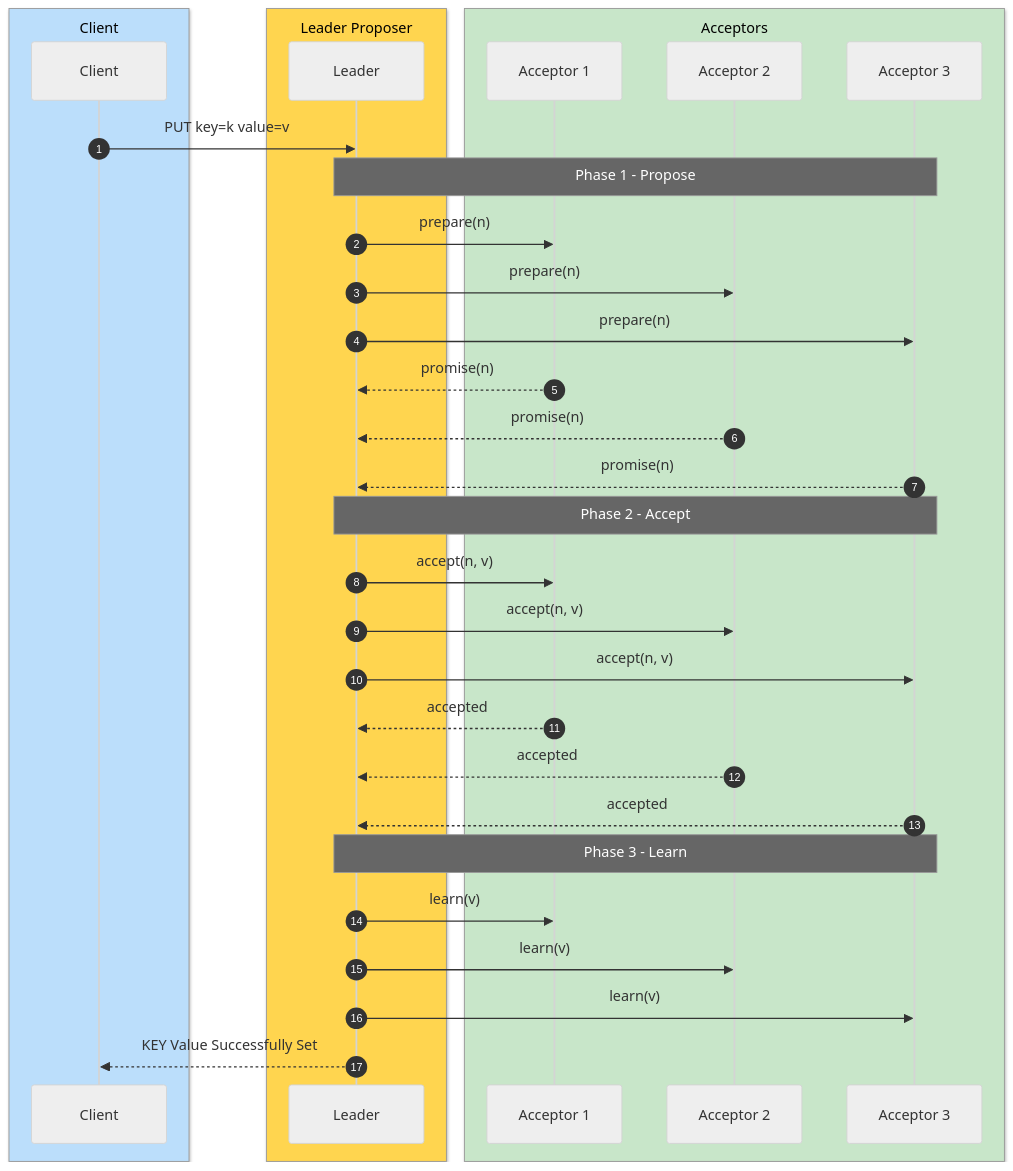
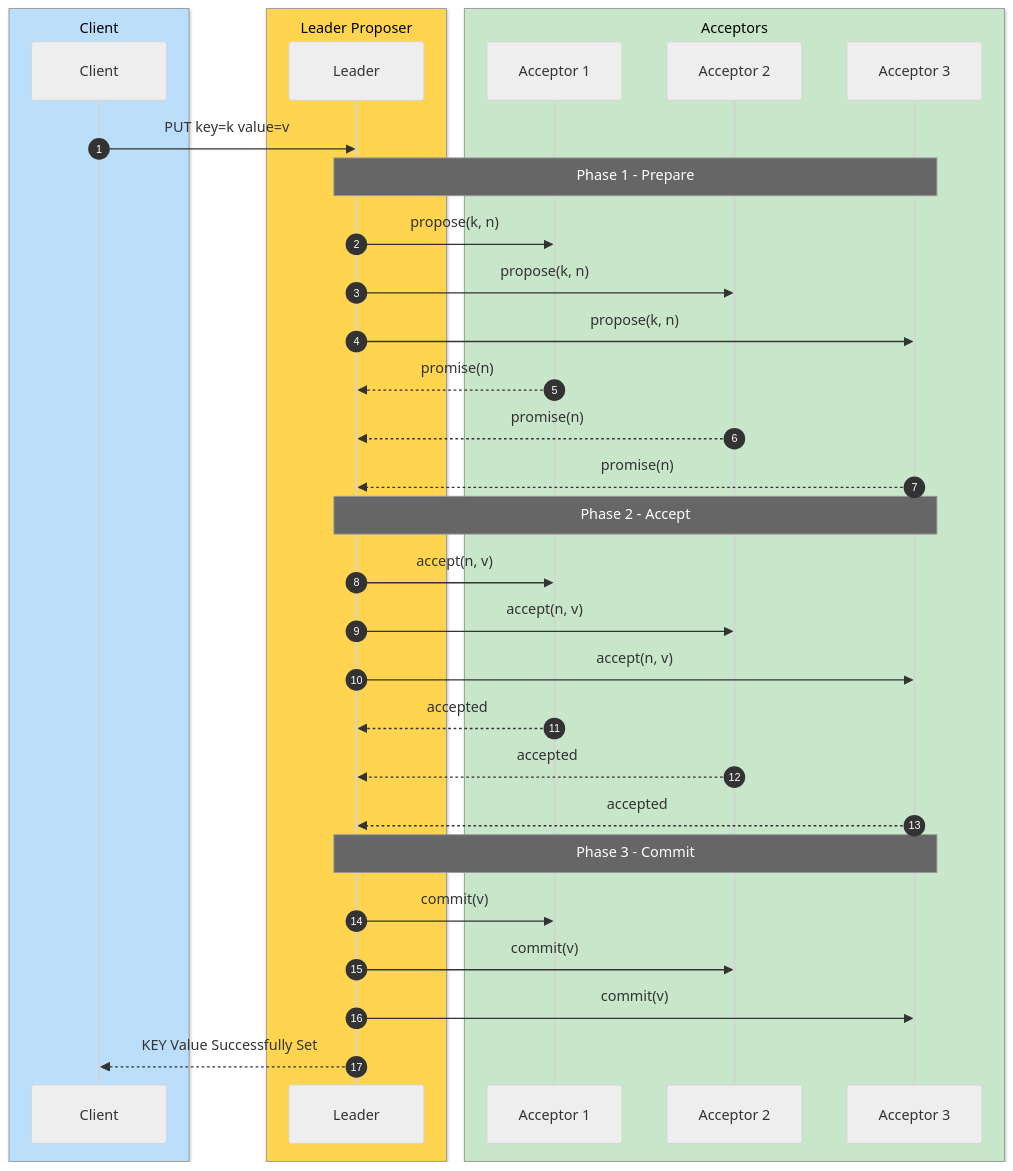
One commit to magana272/PAXOS-Key-Value-Store changed the second of 5 diagrams in README.md. Above: the diagram before and after it, drawn with Mermaid (neutral theme). The commit also changed other lines of this file and 8 other files, not shown here.

Commit message:
docs: rewrite README and add generated performance charts

````diff
--- a/README.md
+++ b/README.md
@@ -75,38 +91,38 @@
 ```mermaid
 sequenceDiagram
     autonumber
     box rgb(187,222,251) Client
         participant C as Client
     end
     box rgb(255,213,79) Leader Proposer
         participant L as Leader
     end
     box rgb(200,230,201) Acceptors
         participant A1 as Acceptor 1
         participant A2 as Acceptor 2
         participant A3 as Acceptor 3
     end
 
     C->>L: PUT key=k value=v
-    Note over L,A3: Phase 1 - Propose
-    L->>A1: prepare(n)
-    L->>A2: prepare(n)
-    L->>A3: prepare(n)
+    Note over L,A3: Phase 1 - Prepare
+    L->>A1: propose(k, n)
+    L->>A2: propose(k, n)
+    L->>A3: propose(k, n)
     A1-->>L: promise(n)
     A2-->>L: promise(n)
     A3-->>L: promise(n)
 
     Note over L,A3: Phase 2 - Accept
     L->>A1: accept(n, v)
     L->>A2: accept(n, v)
     L->>A3: accept(n, v)
     A1-->>L: accepted
     A2-->>L: accepted
     A3-->>L: accepted
 
-    Note over L,A3: Phase 3 - Learn
-    L->>A1: learn(v)
-    L->>A2: learn(v)
-    L->>A3: learn(v)
+    Note over L,A3: Phase 3 - Commit
+    L->>A1: commit(v)
+    L->>A2: commit(v)
+    L->>A3: commit(v)
     L-->>C: KEY Value Successfully Set
 ```
````
